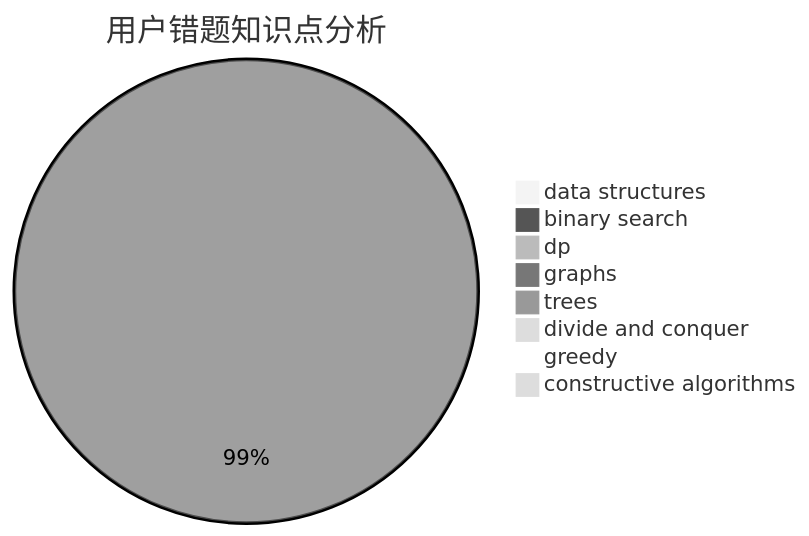
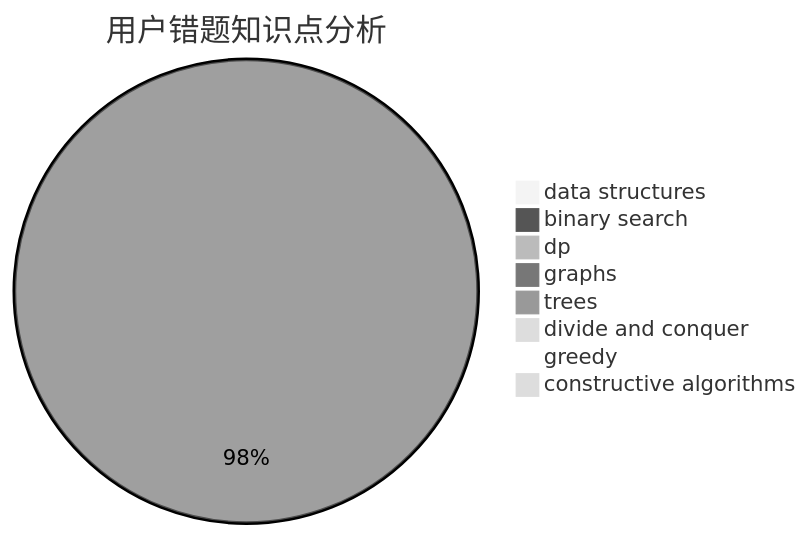
One commit to sherpahu/cfrs.github.io changed the third of 3 diagrams in docs/user/u716.md. Above: the diagram before and after it, drawn with Mermaid (neutral theme). The commit also changed other lines of this file and 2770 other files, not shown here.

````diff
--- a/docs/user/u716.md
+++ b/docs/user/u716.md
@@ -36,11 +36,11 @@
 ```mermaid
 pie title 用户错题知识点分析
     "data structures" :  0
     "binary search" :  1
-    "dp" :  6
-    "graphs" :  2613
+    "dp" :  7
+    "graphs" :  2713
     "trees" :  6
     "divide and conquer" :  0
-    "greedy" :  16
+    "greedy" :  26
     "constructive algorithms" :  7
 ```
````
